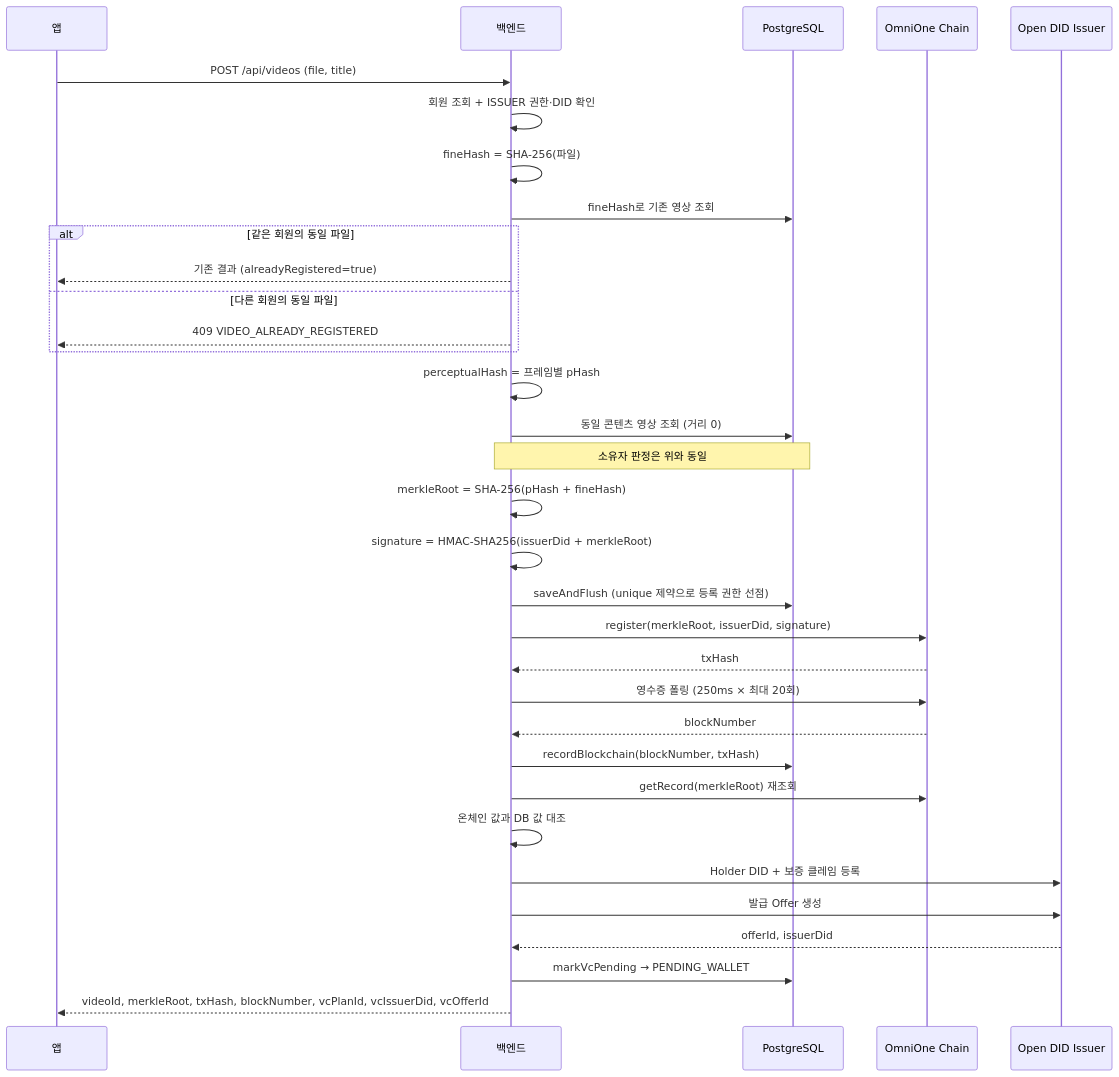
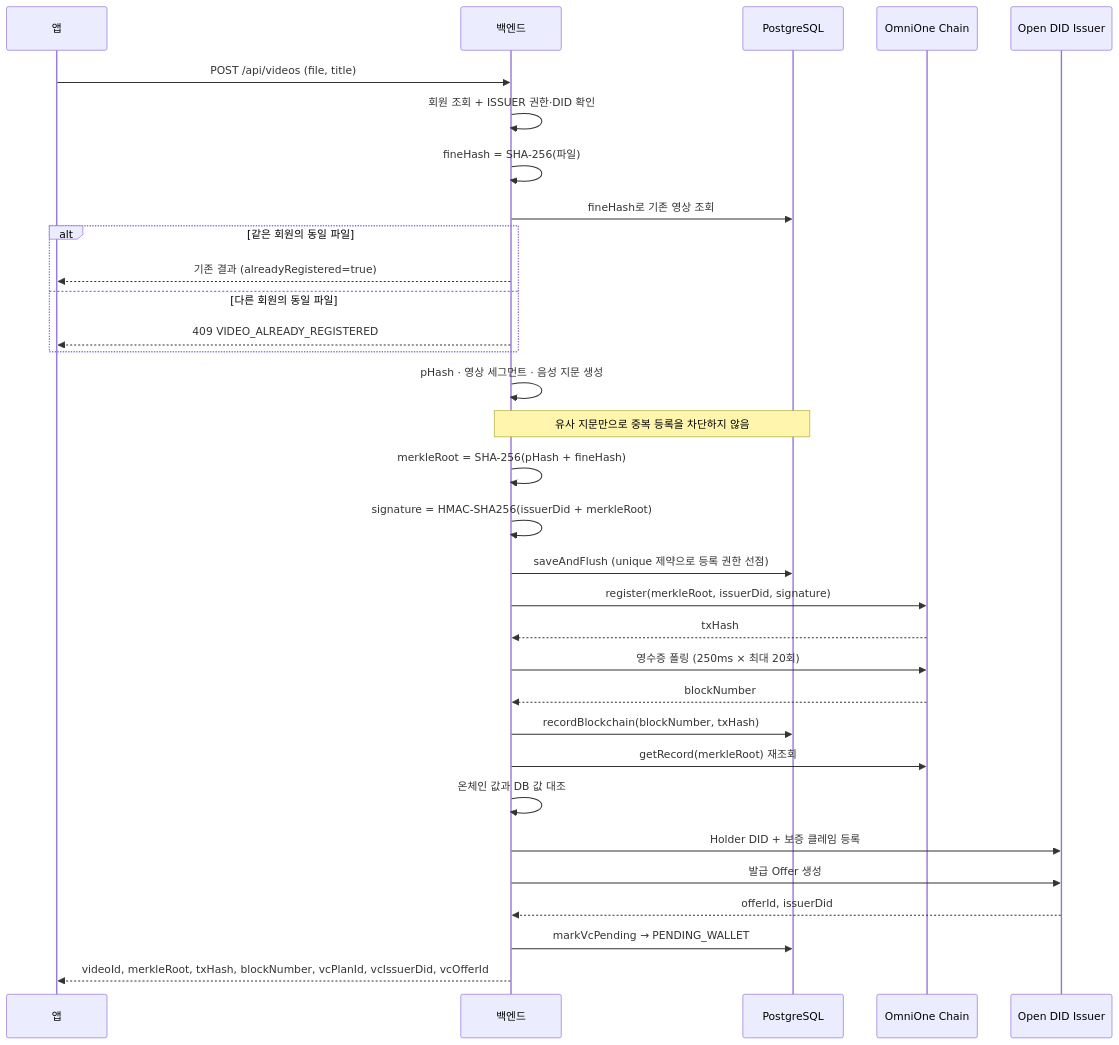
The diagram in dev-center/docs/developers/flows/video-register.md (2026-hackathon-Jinbon/jinbon-docs), drawn with Mermaid before and after one commit. The commit also changed other lines of this file and 11 other files, not shown here.

````diff
--- a/dev-center/docs/developers/flows/video-register.md
+++ b/dev-center/docs/developers/flows/video-register.md
@@ -7,39 +7,38 @@
 ```mermaid
 sequenceDiagram
   participant A as 앱
   participant B as 백엔드
   participant DB as PostgreSQL
   participant CH as OmniOne Chain
   participant IS as Open DID Issuer
 
   A->>B: POST /api/videos (file, title)
   B->>B: 회원 조회 + ISSUER 권한·DID 확인
   B->>B: fineHash = SHA-256(파일)
   B->>DB: fineHash로 기존 영상 조회
   alt 같은 회원의 동일 파일
     B-->>A: 기존 결과 (alreadyRegistered=true)
   else 다른 회원의 동일 파일
     B-->>A: 409 VIDEO_ALREADY_REGISTERED
   end
 
-  B->>B: perceptualHash = 프레임별 pHash
-  B->>DB: 동일 콘텐츠 영상 조회 (거리 0)
-  Note over B,DB: 소유자 판정은 위와 동일
+  B->>B: pHash · 영상 세그먼트 · 음성 지문 생성
+  Note over B,DB: 유사 지문만으로 중복 등록을 차단하지 않음
 
   B->>B: merkleRoot = SHA-256(pHash + fineHash)
   B->>B: signature = HMAC-SHA256(issuerDid + merkleRoot)
   B->>DB: saveAndFlush (unique 제약으로 등록 권한 선점)
   B->>CH: register(merkleRoot, issuerDid, signature)
   CH-->>B: txHash
   B->>CH: 영수증 폴링 (250ms × 최대 20회)
   CH-->>B: blockNumber
   B->>DB: recordBlockchain(blockNumber, txHash)
 
   B->>CH: getRecord(merkleRoot) 재조회
   B->>B: 온체인 값과 DB 값 대조
   B->>IS: Holder DID + 보증 클레임 등록
   B->>IS: 발급 Offer 생성
   IS-->>B: offerId, issuerDid
   B->>DB: markVcPending → PENDING_WALLET
   B-->>A: videoId, merkleRoot, txHash, blockNumber, vcPlanId, vcIssuerDid, vcOfferId
 ```
````
